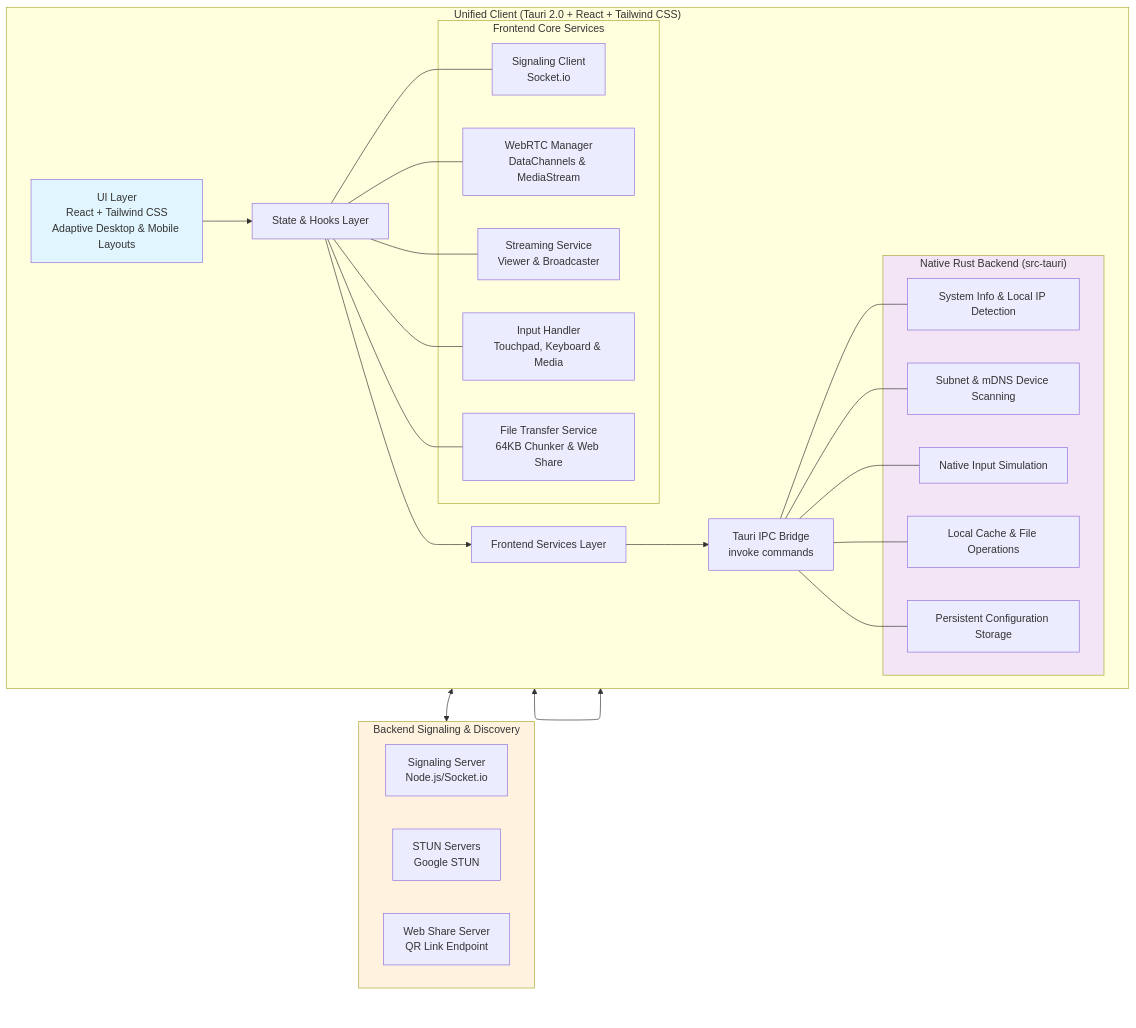
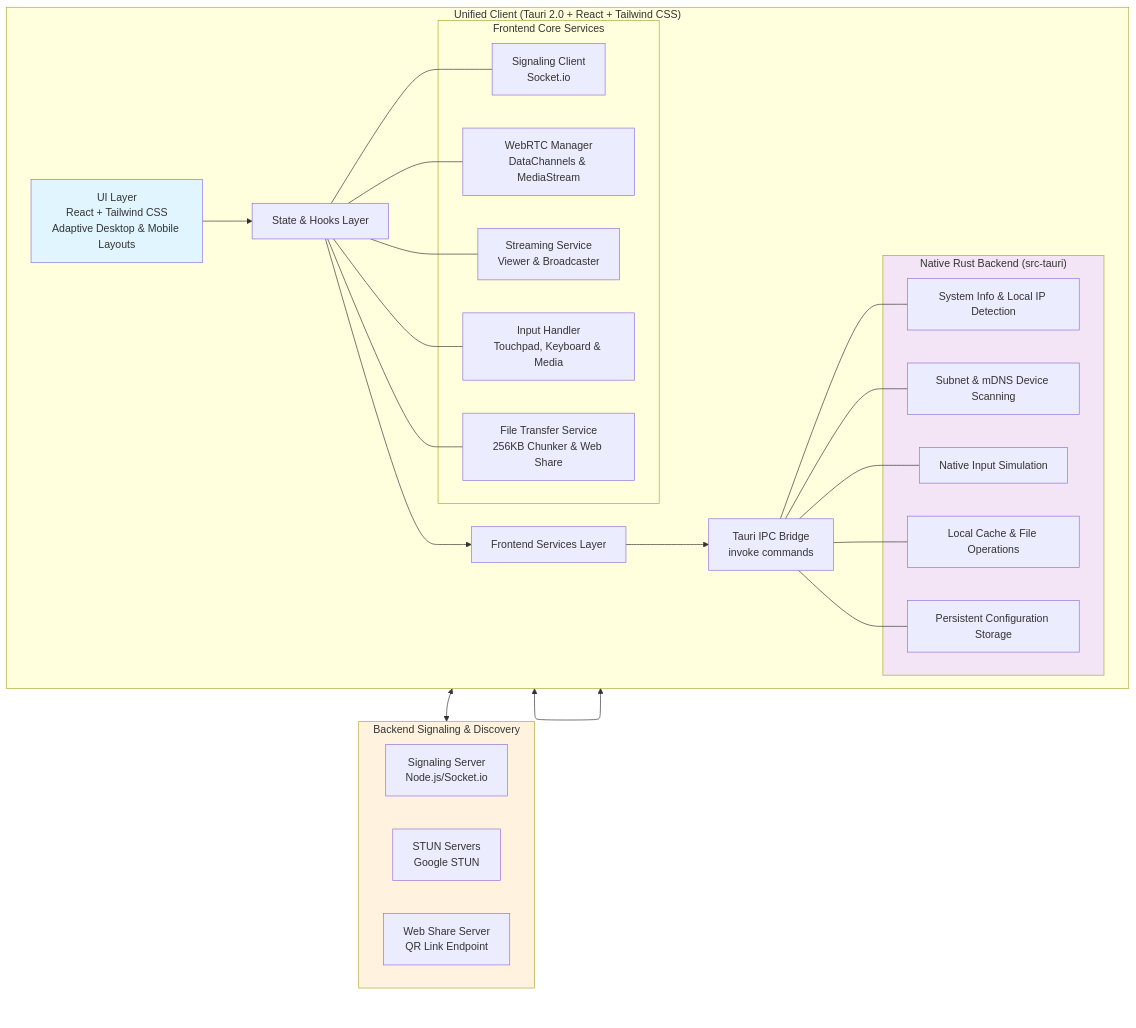
Before and after one commit to skye-cyber/vellichor: the second of 8 diagrams in README.md, drawn with Mermaid. The commit also changed other lines of this file and 20 other files, not shown here.

````diff
--- a/README.md
+++ b/README.md
@@ -304,50 +304,50 @@
 ```mermaid
 graph TB
     subgraph Client["Unified Client (Tauri 2.0 + React + Tailwind CSS)"]
         A[UI Layer<br/>React + Tailwind CSS<br/>Adaptive Desktop & Mobile Layouts] --> B[State & Hooks Layer]
         B --> C[Frontend Services Layer]
         
         subgraph FrontendServices["Frontend Core Services"]
             C1[Signaling Client<br/>Socket.io]
             C2[WebRTC Manager<br/>DataChannels & MediaStream]
             C3[Streaming Service<br/>Viewer & Broadcaster]
             C4[Input Handler<br/>Touchpad, Keyboard & Media]
-            C5[File Transfer Service<br/>64KB Chunker & Web Share]
+            C5[File Transfer Service<br/>256KB Chunker & Web Share]
         end
         
         B --- C1
         B --- C2
         B --- C3
         B --- C4
         B --- C5
 
         C --> D[Tauri IPC Bridge<br/>invoke commands]
         
         subgraph RustBackend["Native Rust Backend (src-tauri)"]
             D1[System Info & Local IP Detection]
             D2[Subnet & mDNS Device Scanning]
             D3[Native Input Simulation]
             D4[Local Cache & File Operations]
             D5[Persistent Configuration Storage]
         end
         
         D --- D1
         D --- D2
         D --- D3
         D --- D4
         D --- D5
     end
 
     subgraph Backend["Backend Signaling & Discovery"]
         I[Signaling Server<br/>Node.js/Socket.io]
         J[STUN Servers<br/>Google STUN]
         K[Web Share Server<br/>QR Link Endpoint]
     end
 
     Client <--> Backend
     Client <--> Client
 
     style A fill:#e1f5fe
     style RustBackend fill:#f3e5f5
     style Backend fill:#fff3e0
 ```
````
